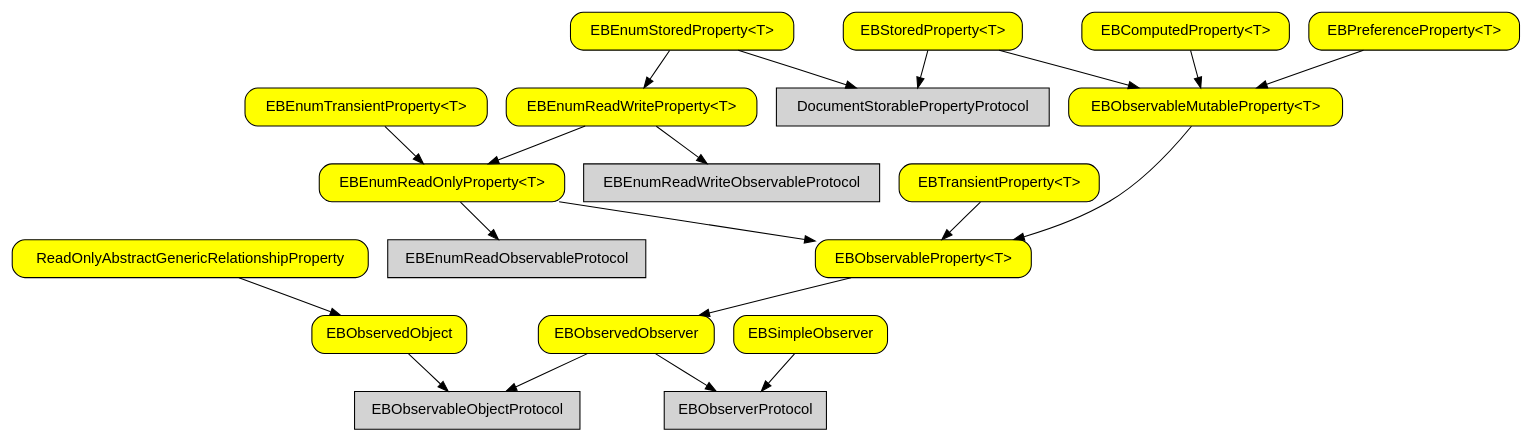
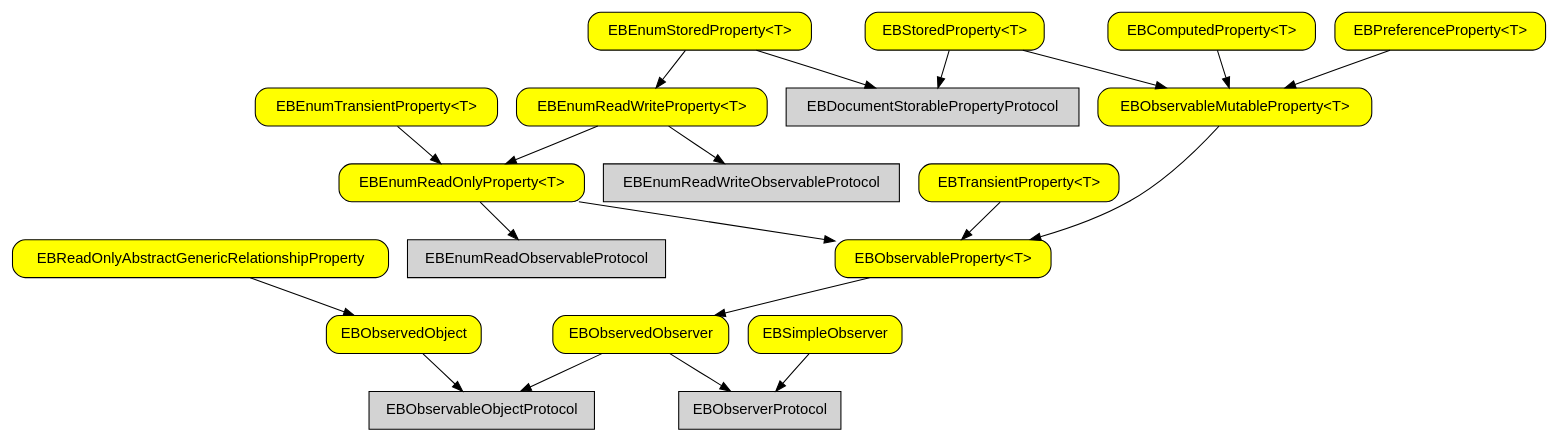
One commit to pierremolinaro/ElCanari-dev changed the diagram in models/observable-property-graph.dot. Above: the diagram before and after it, drawn with Graphviz. The commit also changed 82 other files, not shown here.

```diff
--- a/models/observable-property-graph.dot
+++ b/models/observable-property-graph.dot
@@ -1,32 +1,32 @@
 digraph G {
 
   node [shape=box fontname=helvetica fillcolor=lightgray style=filled] ;
 
   EBObservableObjectProtocol ;
   EBObserverProtocol ;
-  DocumentStorablePropertyProtocol ;
+  EBDocumentStorablePropertyProtocol ;
   EBEnumReadObservableProtocol;
   EBEnumReadWriteObservableProtocol;
 
   node [shape=box fontname=helvetica style="rounded,filled" fillcolor=yellow] ;
 
   EBObservedObject -> EBObservableObjectProtocol ;
   EBObservedObserver -> EBObservableObjectProtocol ;
   EBObservedObserver -> EBObserverProtocol ;
   EBSimpleObserver -> EBObserverProtocol ;
   "EBObservableProperty<T>" -> EBObservedObserver ;
-  ReadOnlyAbstractGenericRelationshipProperty -> EBObservedObject ;
+  EBReadOnlyAbstractGenericRelationshipProperty -> EBObservedObject ;
   "EBTransientProperty<T>" -> "EBObservableProperty<T>" ;
   "EBEnumReadOnlyProperty<T>" -> "EBObservableProperty<T>" ;
   "EBEnumReadOnlyProperty<T>" -> EBEnumReadObservableProtocol ;
   "EBObservableMutableProperty<T>" -> "EBObservableProperty<T>" ;
   "EBComputedProperty<T>" -> "EBObservableMutableProperty<T>" ;
   "EBPreferenceProperty<T>" -> "EBObservableMutableProperty<T>" ;
   "EBStoredProperty<T>" -> "EBObservableMutableProperty<T>" ;
-  "EBStoredProperty<T>" -> DocumentStorablePropertyProtocol ;
+  "EBStoredProperty<T>" -> EBDocumentStorablePropertyProtocol ;
   "EBEnumReadWriteProperty<T>" -> "EBEnumReadOnlyProperty<T>" ;
   "EBEnumReadWriteProperty<T>" -> EBEnumReadWriteObservableProtocol ;
   "EBEnumTransientProperty<T>" -> "EBEnumReadOnlyProperty<T>" ;
   "EBEnumStoredProperty<T>" -> "EBEnumReadWriteProperty<T>" ;
-  "EBEnumStoredProperty<T>" -> DocumentStorablePropertyProtocol ;
+  "EBEnumStoredProperty<T>" -> EBDocumentStorablePropertyProtocol ;
  }
```
